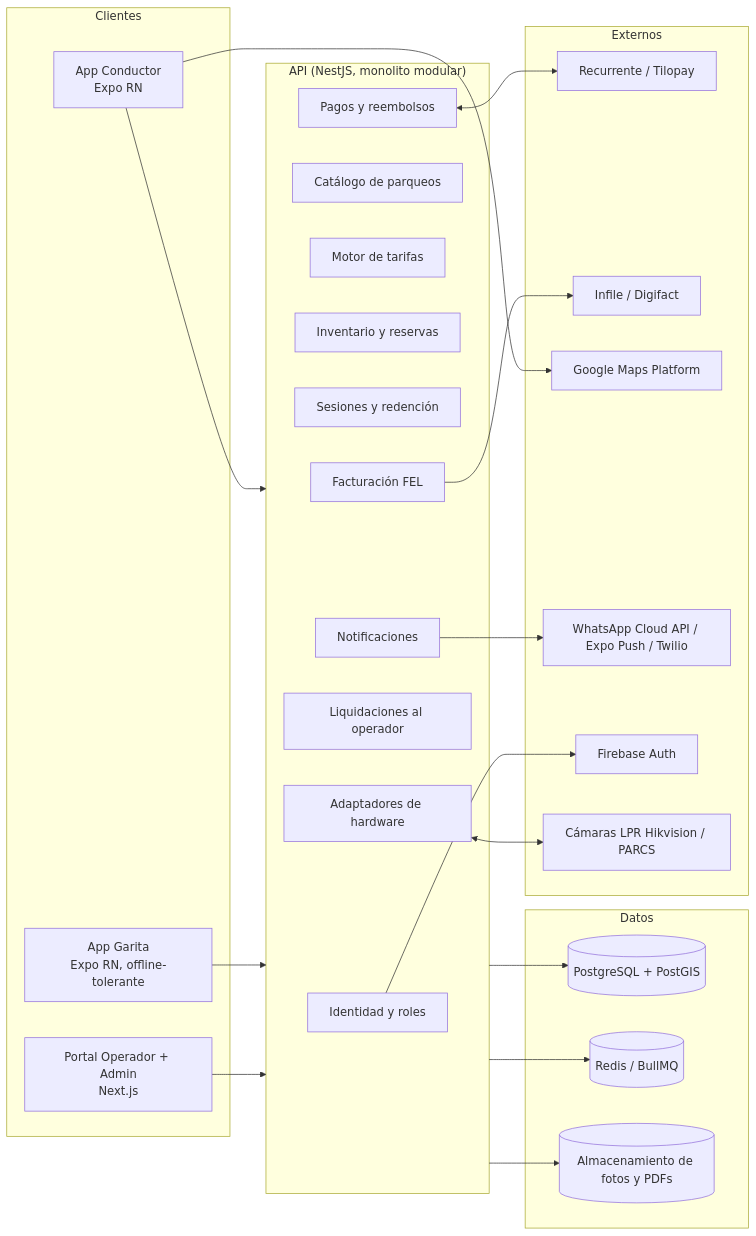
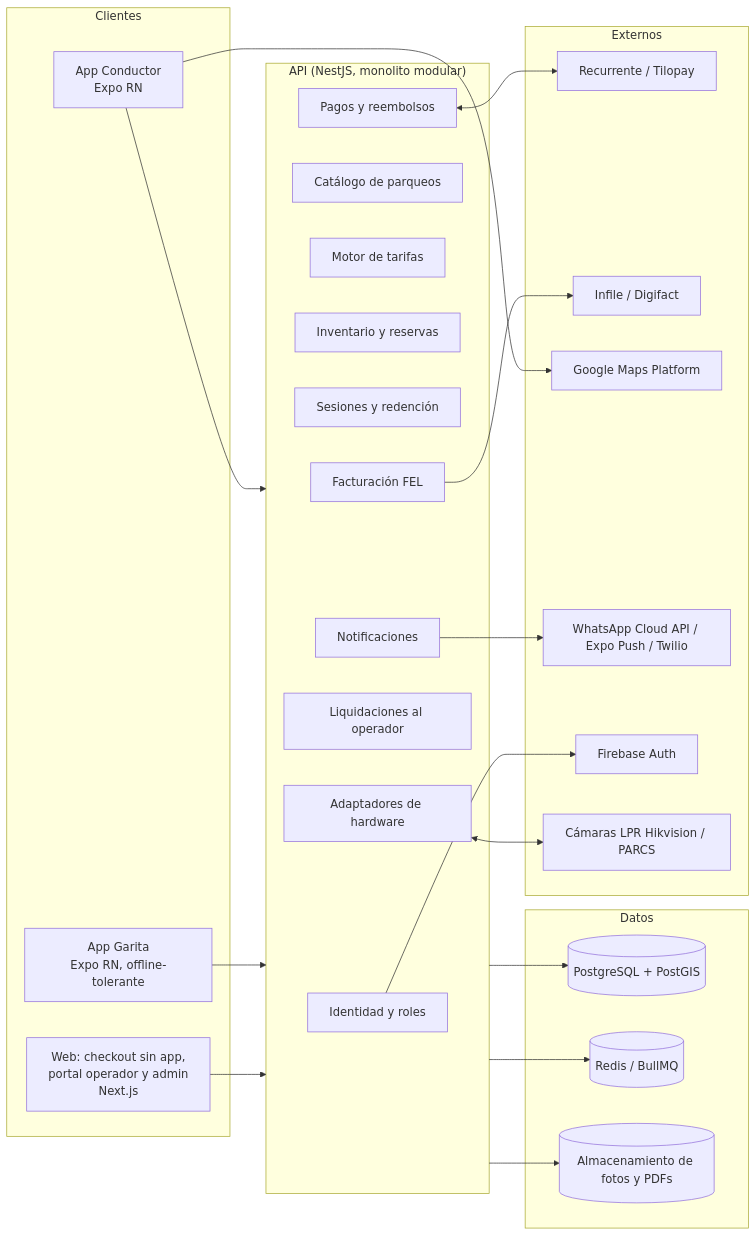
The first of 2 diagrams in docs/02-arquitectura-tecnica.md (sasaca/Parking-App), drawn with Mermaid before and after one commit. The commit also changed other lines of this file and 4 other files, not shown here.

````diff
--- a/docs/02-arquitectura-tecnica.md
+++ b/docs/02-arquitectura-tecnica.md
@@ -27,41 +27,41 @@
 ```mermaid
 flowchart LR
   subgraph Clientes
     C[App Conductor<br/>Expo RN]
     G[App Garita<br/>Expo RN, offline-tolerante]
-    W[Portal Operador + Admin<br/>Next.js]
+    W[Web: checkout sin app,<br/>portal operador y admin<br/>Next.js]
   end
   subgraph Backend["API (NestJS, monolito modular)"]
     ID[Identidad y roles]
     CAT[Catálogo de parqueos]
     TAR[Motor de tarifas]
     INV[Inventario y reservas]
     SES[Sesiones y redención]
     PAY[Pagos y reembolsos]
     FEL[Facturación FEL]
     LIQ[Liquidaciones al operador]
     NOT[Notificaciones]
     HW[Adaptadores de hardware]
   end
   subgraph Datos
     PG[(PostgreSQL + PostGIS)]
     RD[(Redis / BullMQ)]
     S3[(Almacenamiento de fotos y PDFs)]
   end
   subgraph Externos
     REC[Recurrente / Tilopay]
     INF[Infile / Digifact]
     GM[Google Maps Platform]
     WA[WhatsApp Cloud API / Expo Push / Twilio]
     FB[Firebase Auth]
     CAM[Cámaras LPR Hikvision / PARCS]
   end
   C & G & W --> Backend
   Backend --> PG & RD & S3
   PAY <--> REC
   FEL --> INF
   C --> GM
   NOT --> WA
   ID --> FB
   HW <--> CAM
 ```
````
